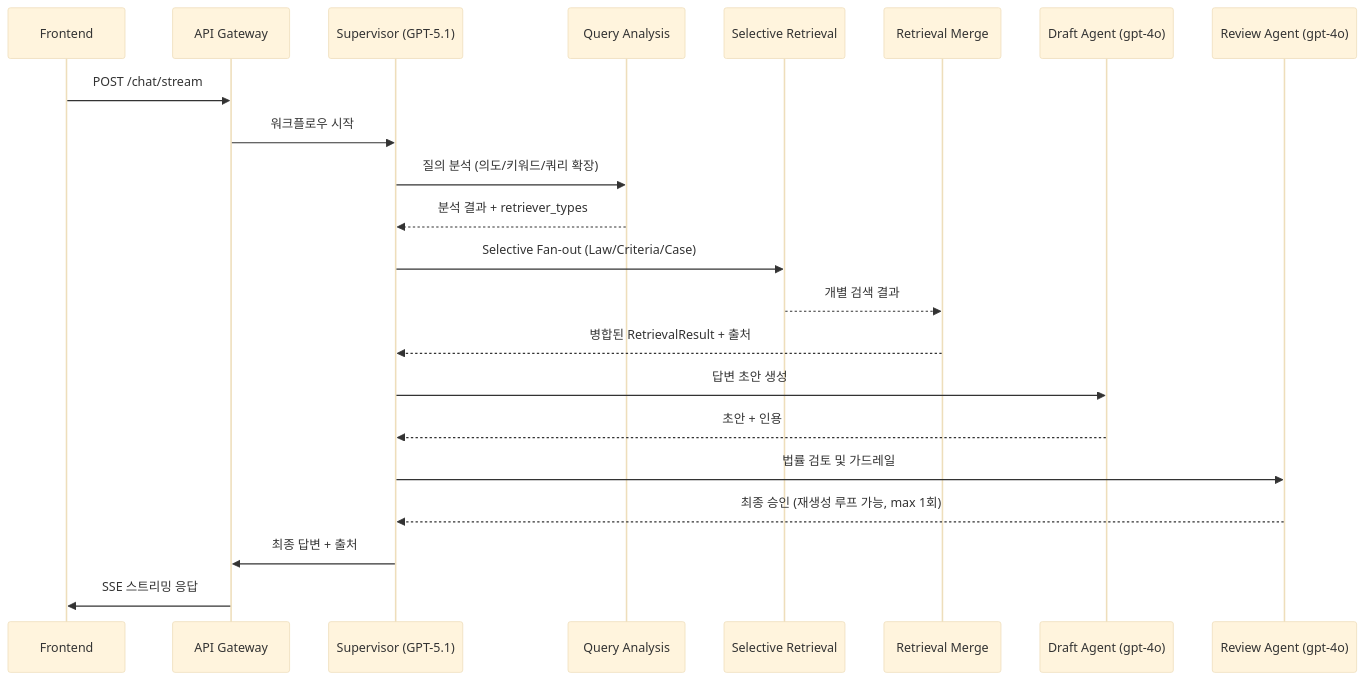
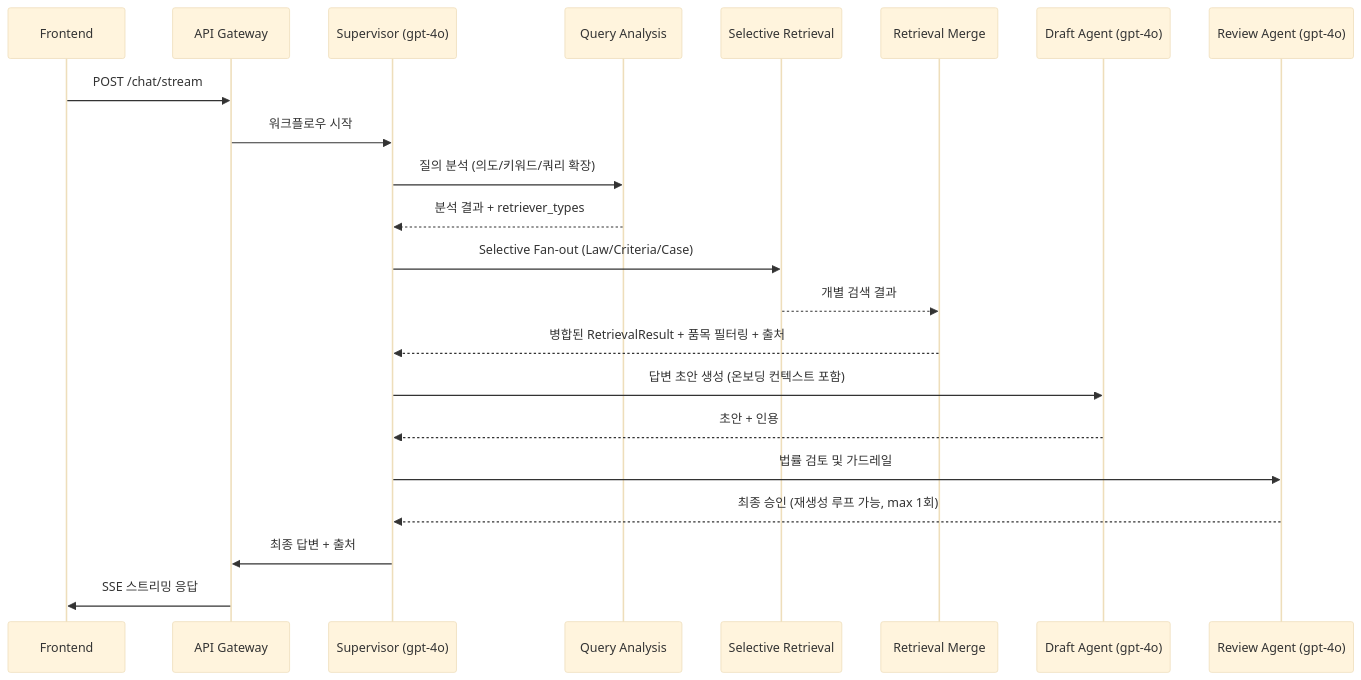
One commit to Maroco0109/Ddoksori changed the second of 2 diagrams in README.md. Above: the diagram before and after it, drawn with Mermaid (base theme). The commit also changed other lines of this file and 13 other files, not shown here.

````diff
--- a/README.md
+++ b/README.md
@@ -165,25 +167,25 @@
 ```mermaid
 sequenceDiagram
     participant FE as Frontend
     participant API as API Gateway
-    participant SUP as Supervisor (GPT-5.1)
+    participant SUP as Supervisor (gpt-4o)
     participant QA as Query Analysis
     participant IR as Selective Retrieval
     participant MG as Retrieval Merge
     participant AG as Draft Agent (gpt-4o)
     participant LR as Review Agent (gpt-4o)
 
     FE->>API: POST /chat/stream
     API->>SUP: 워크플로우 시작
     SUP->>QA: 질의 분석 (의도/키워드/쿼리 확장)
     QA-->>SUP: 분석 결과 + retriever_types
     SUP->>IR: Selective Fan-out (Law/Criteria/Case)
     IR-->>MG: 개별 검색 결과
-    MG-->>SUP: 병합된 RetrievalResult + 출처
-    SUP->>AG: 답변 초안 생성
+    MG-->>SUP: 병합된 RetrievalResult + 품목 필터링 + 출처
+    SUP->>AG: 답변 초안 생성 (온보딩 컨텍스트 포함)
     AG-->>SUP: 초안 + 인용
     SUP->>LR: 법률 검토 및 가드레일
     LR-->>SUP: 최종 승인 (재생성 루프 가능, max 1회)
     SUP->>API: 최종 답변 + 출처
     API->>FE: SSE 스트리밍 응답
 ```
````
